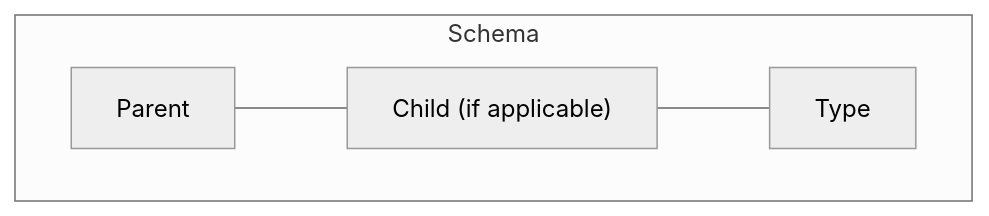
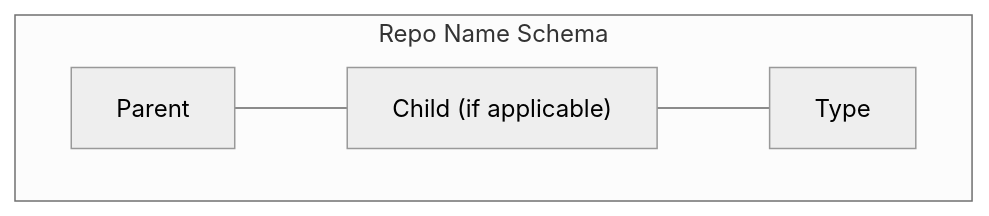
The first of 2 diagrams in docs/08-product-naming-strategy.md (balena-io-hardware/meta-hardwareProcess-doc), drawn with Mermaid (neutral theme) before and after one commit. The commit also changed other lines of this file, not shown here.

````diff
--- a/docs/08-product-naming-strategy.md
+++ b/docs/08-product-naming-strategy.md
@@ -14,8 +14,8 @@
 ```mermaid
 flowchart LR
 
-    subgraph Schema 
+    subgraph Repo Name Schema 
         direction LR
         Parent --- A["Child<br\> (if applicable)"] --- Type
     end
 ```
````
